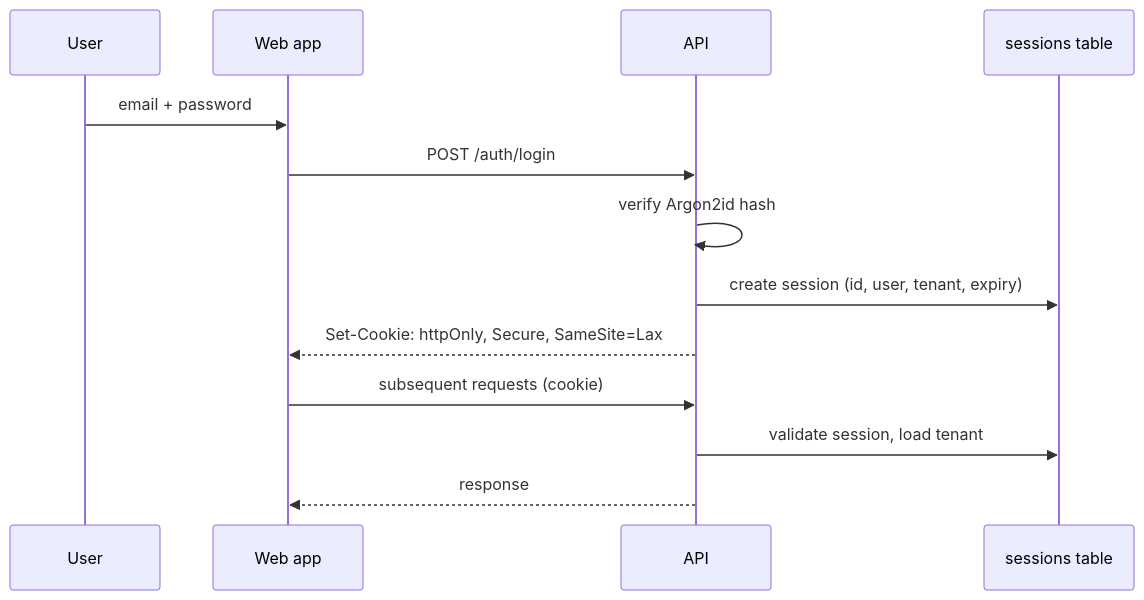
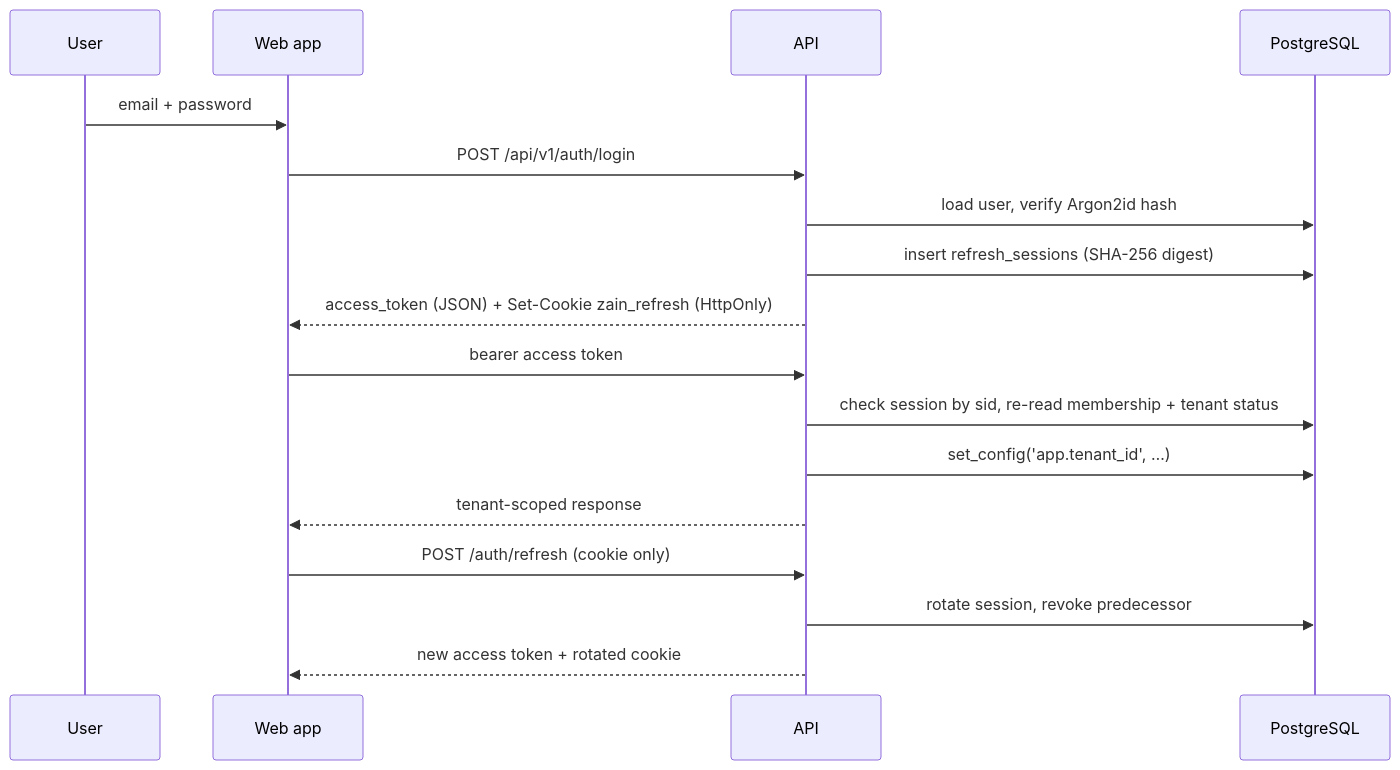
The fifth of 5 diagrams in docs/architecture/SYSTEM_ARCHITECTURE.md (ashour-git/Zain-Agri), drawn with Mermaid before and after one commit. The commit also changed other lines of this file and 59 other files, not shown here.

````diff
--- a/docs/architecture/SYSTEM_ARCHITECTURE.md
+++ b/docs/architecture/SYSTEM_ARCHITECTURE.md
@@ -166,16 +188,20 @@
 ```mermaid
 sequenceDiagram
     participant U as User
     participant W as Web app
     participant A as API
-    participant S as sessions table
+    participant P as PostgreSQL
 
     U->>W: email + password
-    W->>A: POST /auth/login
-    A->>A: verify Argon2id hash
-    A->>S: create session (id, user, tenant, expiry)
-    A-->>W: Set-Cookie: httpOnly, Secure, SameSite=Lax
-    W->>A: subsequent requests (cookie)
-    A->>S: validate session, load tenant
-    A-->>W: response
+    W->>A: POST /api/v1/auth/login
+    A->>P: load user, verify Argon2id hash
+    A->>P: insert refresh_sessions (SHA-256 digest)
+    A-->>W: access_token (JSON) + Set-Cookie zain_refresh (HttpOnly)
+    W->>A: bearer access token
+    A->>P: check session by sid, re-read membership + tenant status
+    A->>P: set_config('app.tenant_id', …)
+    A-->>W: tenant-scoped response
+    W->>A: POST /auth/refresh (cookie only)
+    A->>P: rotate session, revoke predecessor
+    A-->>W: new access token + rotated cookie
 ```
````
